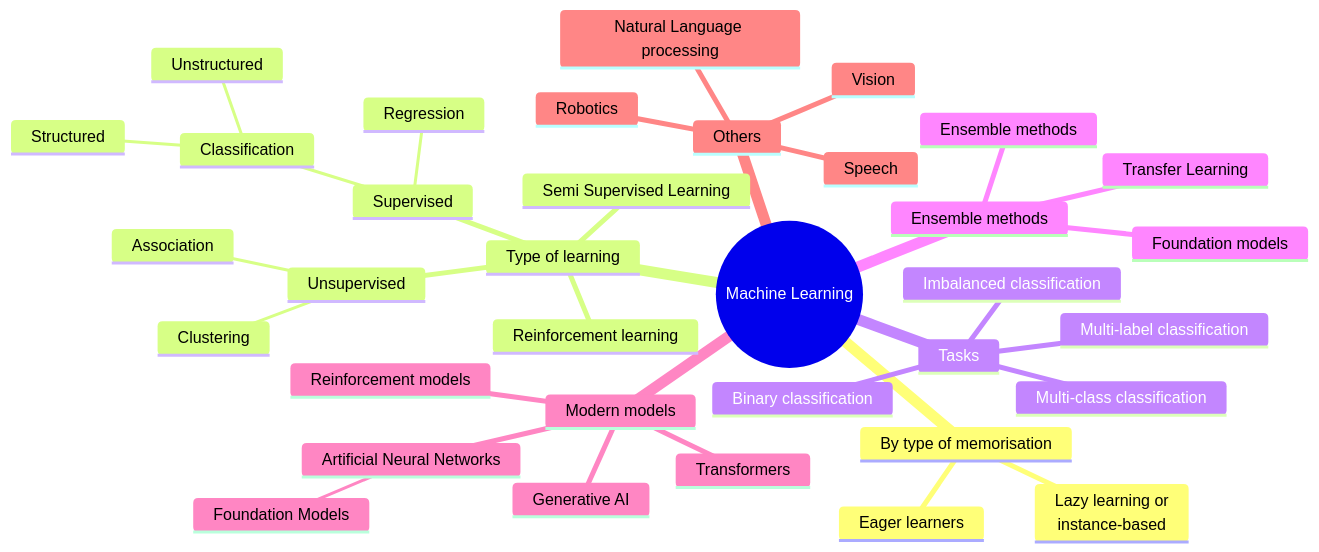
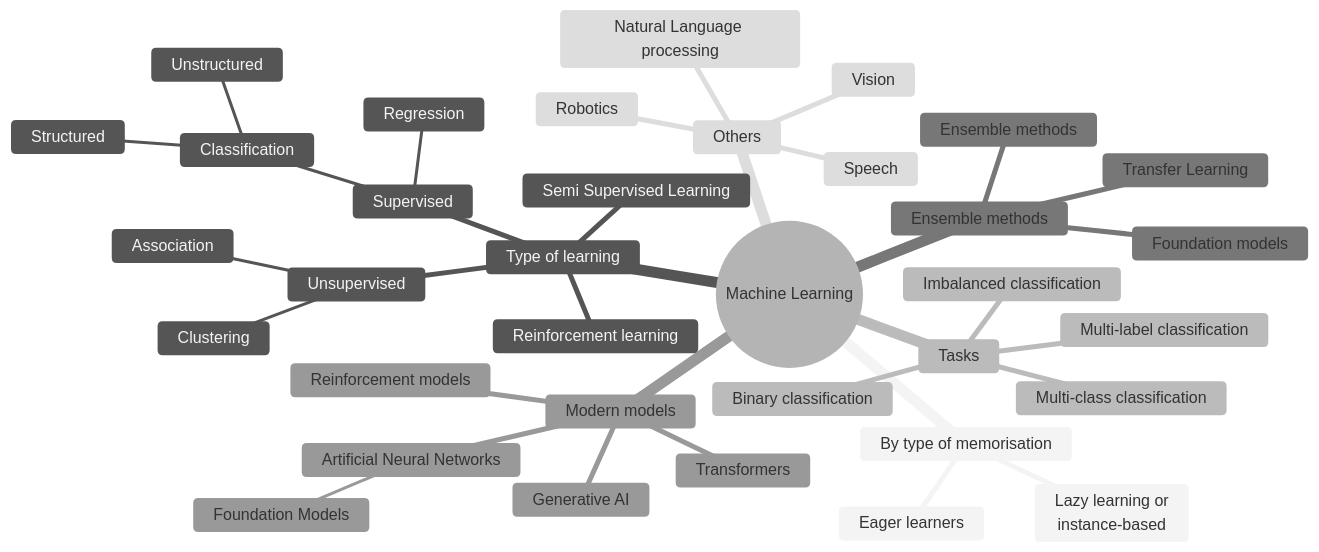
One commit to AI-SDC/SDC-Reboot changed the diagram in categorisation_of_models_and_risks.md. Above: the diagram before and after it, drawn with Mermaid. The commit also changed other lines of this file, not shown here.

````diff
--- a/categorisation_of_models_and_risks.md
+++ b/categorisation_of_models_and_risks.md
@@ -8,53 +8,53 @@
 ```mermaid
 ---
 config:
-  theme: classic
+  theme: neutral
 ---
 mindmap
   root((Machine Learning))
     By type of memorisation
     ::icon(fa fa-book)
       Lazy learning or<br/> instance-based
       Eager learners
 
     Type of learning
     ::icon(fas fa-sort-amount-down)  
       Supervised
         Regression
         Classification
             Structured
             Unstructured
       Unsupervised
         Clustering
         Association
       Semi Supervised Learning
       Reinforcement learning
     
     Tasks
     ::icon(fas fa-tasks)
       Binary classification
       Multi-class classification
       Multi-label classification
       Imbalanced classification
 
     Ensemble methods
     ::icon(fas fa-shapes)
       Transfer Learning
       Ensemble methods
       Foundation models
     
     Modern models
     ::icon(fas fa-brain)
       Artificial Neural Networks
         Foundation Models
       Transformers
       Generative AI
       Reinforcement models
     
     Others
     ::icon(fas fa-tags)
       Natural Language processing
       Speech
       Vision
       Robotics
 ```
````
